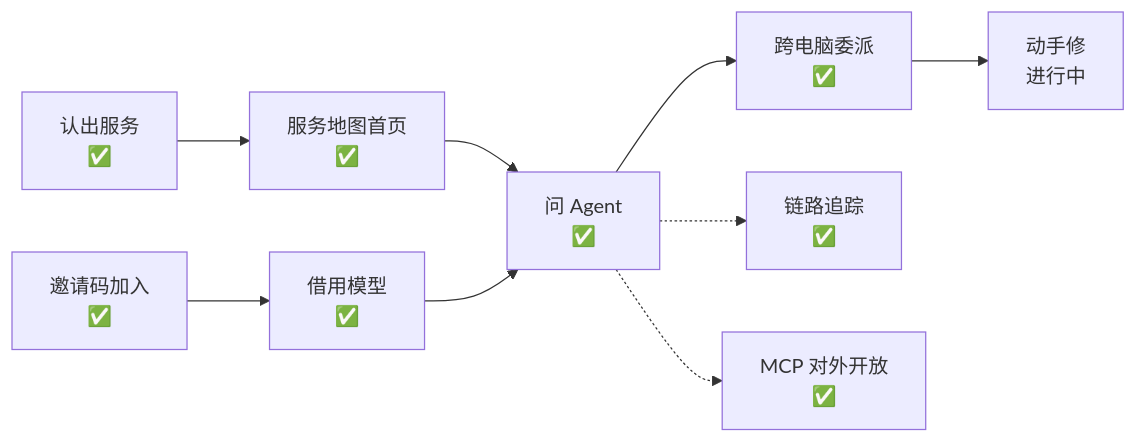
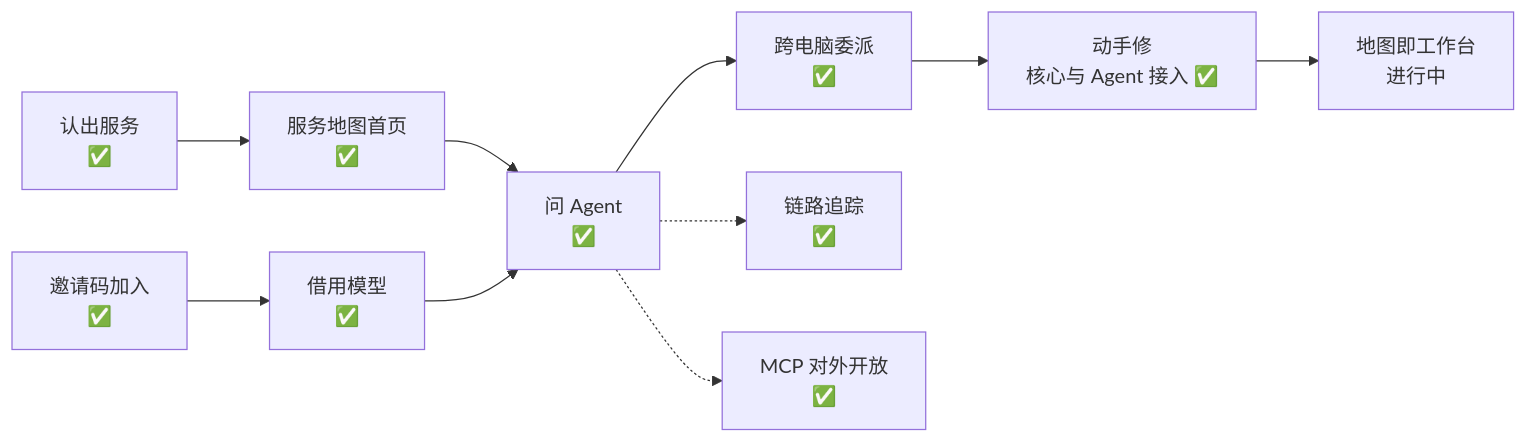
Before and after one commit to Sugarfarmeriod/TunnelMinion: the diagram in docs/project/roadmap.md, drawn with Mermaid. The commit also changed other lines of this file, not shown here.

Commit message:
docs: 路线图记录 Agent 接入完成，地图即工作台进入实现

````diff
--- a/docs/project/roadmap.md
+++ b/docs/project/roadmap.md
@@ -15,11 +15,12 @@
 ```mermaid
 flowchart LR
     S["认出服务<br/>✅"] --> M["服务地图首页<br/>✅"]
     M --> Q["问 Agent<br/>✅"]
     Q --> D["跨电脑委派<br/>✅"]
-    D --> R["动手修<br/>进行中"]
+    D --> R["动手修<br/>核心与 Agent 接入 ✅"]
+    R --> W["地图即工作台<br/>进行中"]
     J["邀请码加入<br/>✅"] --> B["借用模型<br/>✅"]
     B --> Q
     Q -.-> O["链路追踪<br/>✅"]
     Q -.-> X["MCP 对外开放<br/>✅"]
 ```
````
